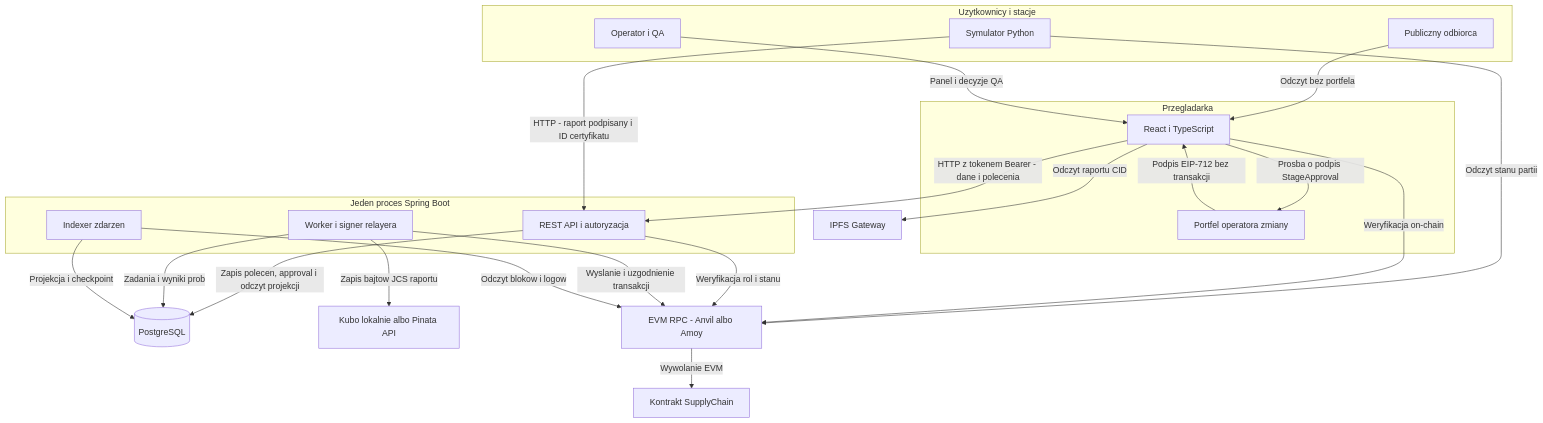
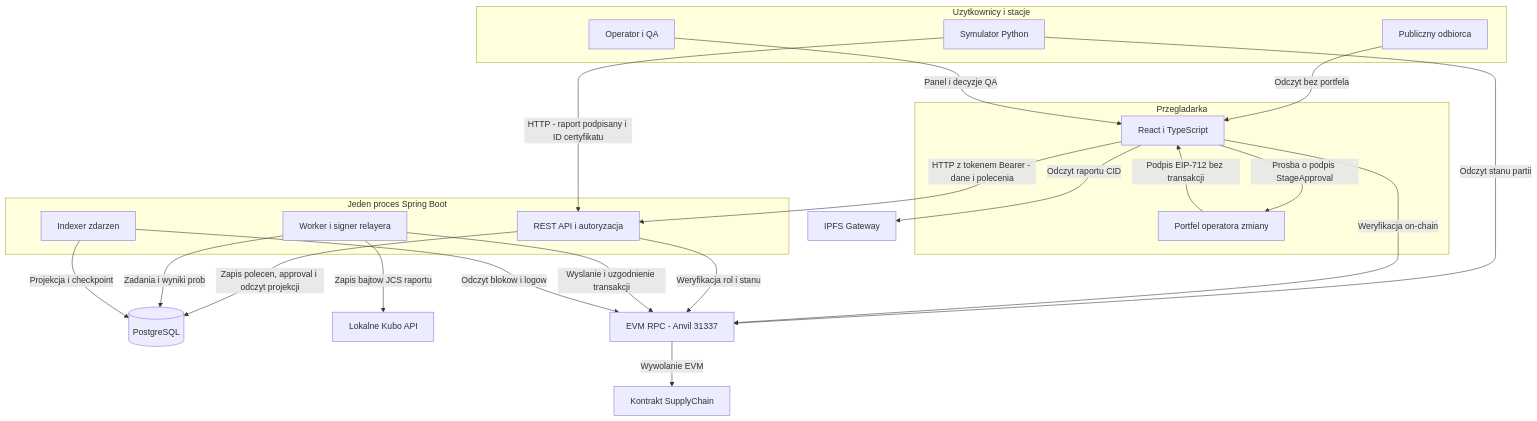
The first of 3 diagrams in docs/architecture/diagrams.md (nimek06/PZ_supply_blockchain), drawn with Mermaid before and after one commit. The commit also changed other lines of this file and 27 other files, not shown here.

````diff
--- a/docs/architecture/diagrams.md
+++ b/docs/architecture/diagrams.md
@@ -19,39 +23,39 @@
 ```mermaid
 flowchart TD
     subgraph ActorsA["Uzytkownicy i stacje"]
         VisitorA["Publiczny odbiorca"]
         OperatorA["Operator i QA"]
         SimulatorA["Symulator Python"]
     end
     subgraph ClientA["Przegladarka"]
         FrontendA["React i TypeScript"]
         WalletA["Portfel operatora zmiany"]
     end
     subgraph BackendA["Jeden proces Spring Boot"]
         ApiA["REST API i autoryzacja"]
         WorkerA["Worker i signer relayera"]
         IndexerA["Indexer zdarzen"]
     end
     DatabaseA[("PostgreSQL")]
-    StorageA["Kubo lokalnie albo Pinata API"]
+    StorageA["Lokalne Kubo API"]
     GatewayA["IPFS Gateway"]
-    RpcA["EVM RPC - Anvil albo Amoy"]
+    RpcA["EVM RPC - Anvil 31337"]
     ContractA["Kontrakt SupplyChain"]
     VisitorA -->|"Odczyt bez portfela"| FrontendA
     OperatorA -->|"Panel i decyzje QA"| FrontendA
     SimulatorA -->|"HTTP - raport podpisany i ID certyfikatu"| ApiA
     SimulatorA -->|"Odczyt stanu partii"| RpcA
     FrontendA -->|"HTTP z tokenem Bearer - dane i polecenia"| ApiA
     FrontendA -->|"Odczyt raportu CID"| GatewayA
     FrontendA -->|"Weryfikacja on-chain"| RpcA
     FrontendA -->|"Prosba o podpis StageApproval"| WalletA
     WalletA -->|"Podpis EIP-712 bez transakcji"| FrontendA
     ApiA -->|"Zapis polecen, approval i odczyt projekcji"| DatabaseA
     ApiA -->|"Weryfikacja rol i stanu"| RpcA
     WorkerA -->|"Zadania i wyniki prob"| DatabaseA
     WorkerA -->|"Zapis bajtow JCS raportu"| StorageA
     WorkerA -->|"Wyslanie i uzgodnienie transakcji"| RpcA
     IndexerA -->|"Odczyt blokow i logow"| RpcA
     IndexerA -->|"Projekcja i checkpoint"| DatabaseA
     RpcA -->|"Wywolanie EVM"| ContractA
 ```
````
